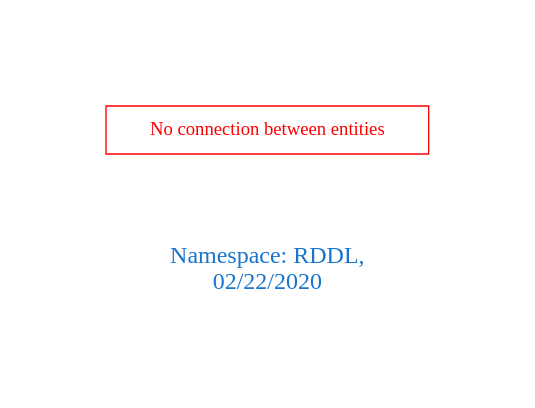
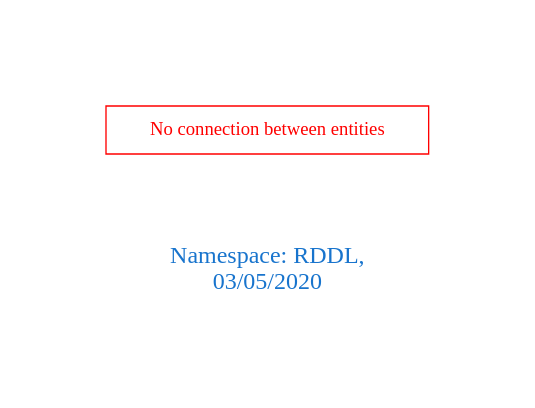
One commit to arago/OGIT changed the diagram in downloads/RDDL.dot. Above: the diagram before and after it, drawn with Graphviz. The commit also changed 1714 other files, not shown here.

```diff
--- a/downloads/RDDL.dot
+++ b/downloads/RDDL.dot
@@ -1,9 +1,9 @@
 digraph OGIT_ontology {
  graph [ rankdir= LR,pad=1 
 fontsize = 18,
-fontcolor= dodgerblue3,label = "\n\n\nNamespace: RDDL, \n 02/22/2020"];
+fontcolor= dodgerblue3,label = "\n\n\nNamespace: RDDL, \n 03/05/2020"];
 node[shape=polygon];
 edge [  color="gray81"];
 
 "No connection between entities" [fontcolor = "red",color="red", shape="polygon"]
 }
```
